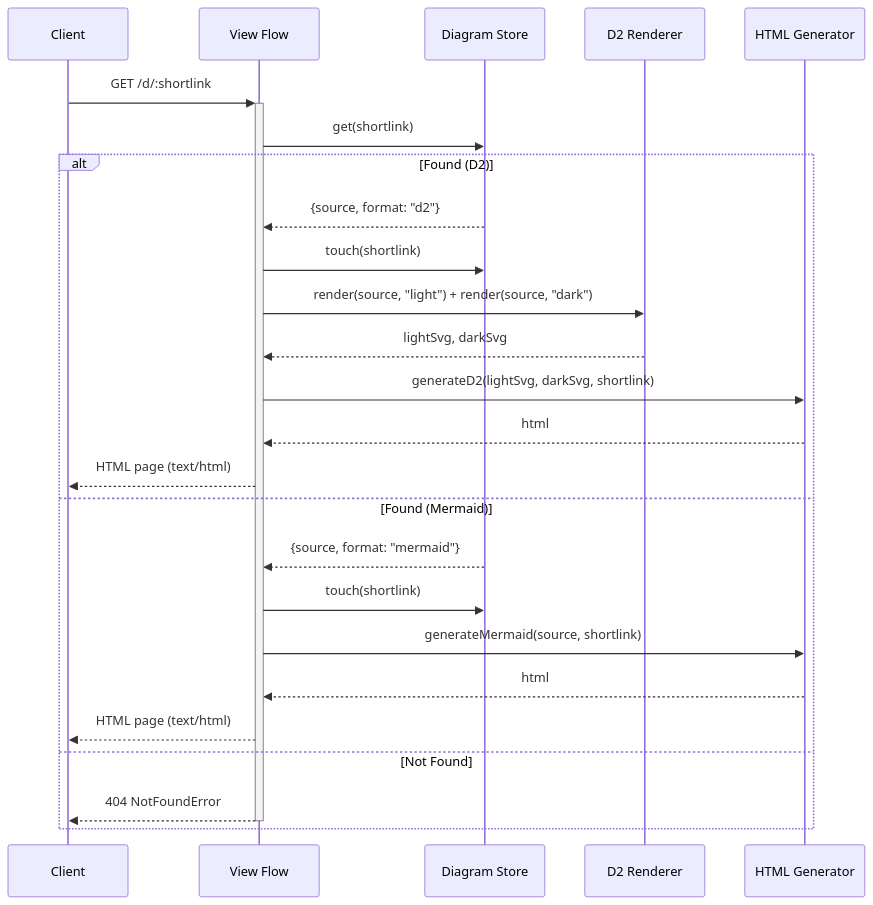
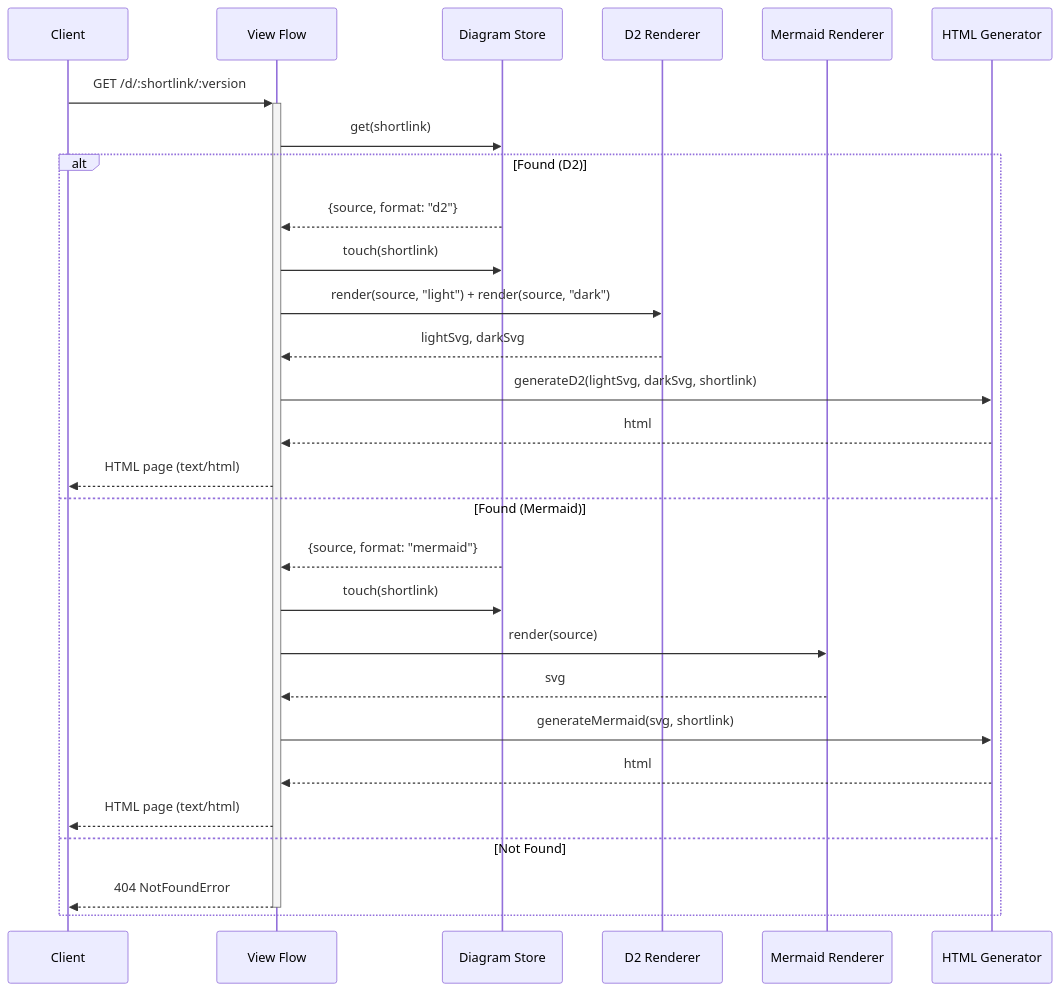
One commit to lagz0ne/diashort changed the second of 2 diagrams in .c3/c3-1-api-server/c3-116-view-flow.md. Above: the diagram before and after it, drawn with Mermaid. The commit also changed other lines of this file and 11 other files, not shown here.

First line of the commit message:
feat: move mermaid viewer and diff to server-side rendering

````diff
--- a/.c3/c3-1-api-server/c3-116-view-flow.md
+++ b/.c3/c3-1-api-server/c3-116-view-flow.md
@@ -27,28 +28,31 @@
 ```mermaid
 sequenceDiagram
     participant Client
     participant Flow as View Flow
     participant Store as Diagram Store
     participant D2 as D2 Renderer
+    participant Mermaid as Mermaid Renderer
     participant Gen as HTML Generator
 
-    Client->>+Flow: GET /d/:shortlink
+    Client->>+Flow: GET /d/:shortlink/:version
     Flow->>Store: get(shortlink)
     alt Found (D2)
         Store-->>Flow: {source, format: "d2"}
         Flow->>Store: touch(shortlink)
         Flow->>D2: render(source, "light") + render(source, "dark")
         D2-->>Flow: lightSvg, darkSvg
         Flow->>Gen: generateD2(lightSvg, darkSvg, shortlink)
         Gen-->>Flow: html
         Flow-->>Client: HTML page (text/html)
     else Found (Mermaid)
         Store-->>Flow: {source, format: "mermaid"}
         Flow->>Store: touch(shortlink)
-        Flow->>Gen: generateMermaid(source, shortlink)
+        Flow->>Mermaid: render(source)
+        Mermaid-->>Flow: svg
+        Flow->>Gen: generateMermaid(svg, shortlink)
         Gen-->>Flow: html
         Flow-->>Client: HTML page (text/html)
     else Not Found
         Flow-->>-Client: 404 NotFoundError
     end
 ```
````
